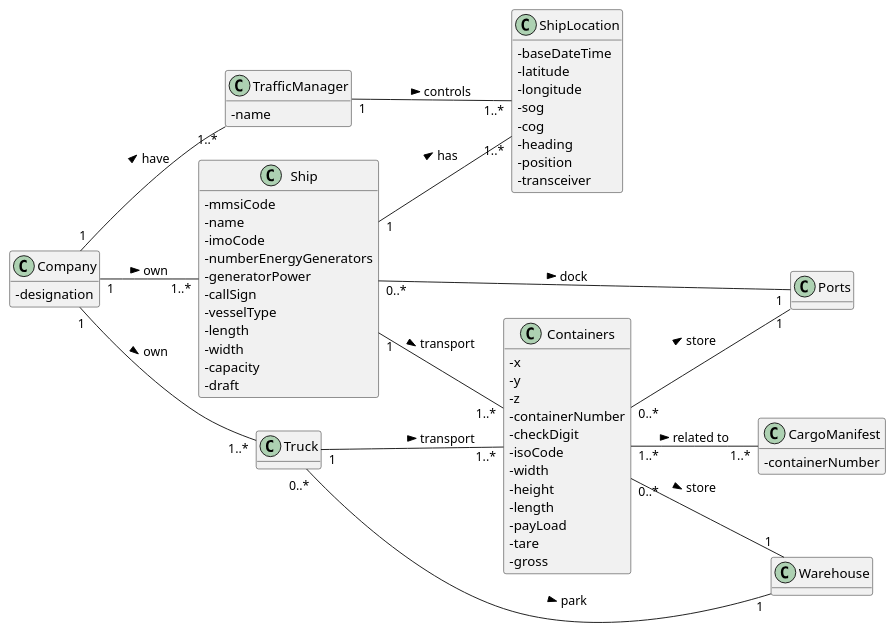
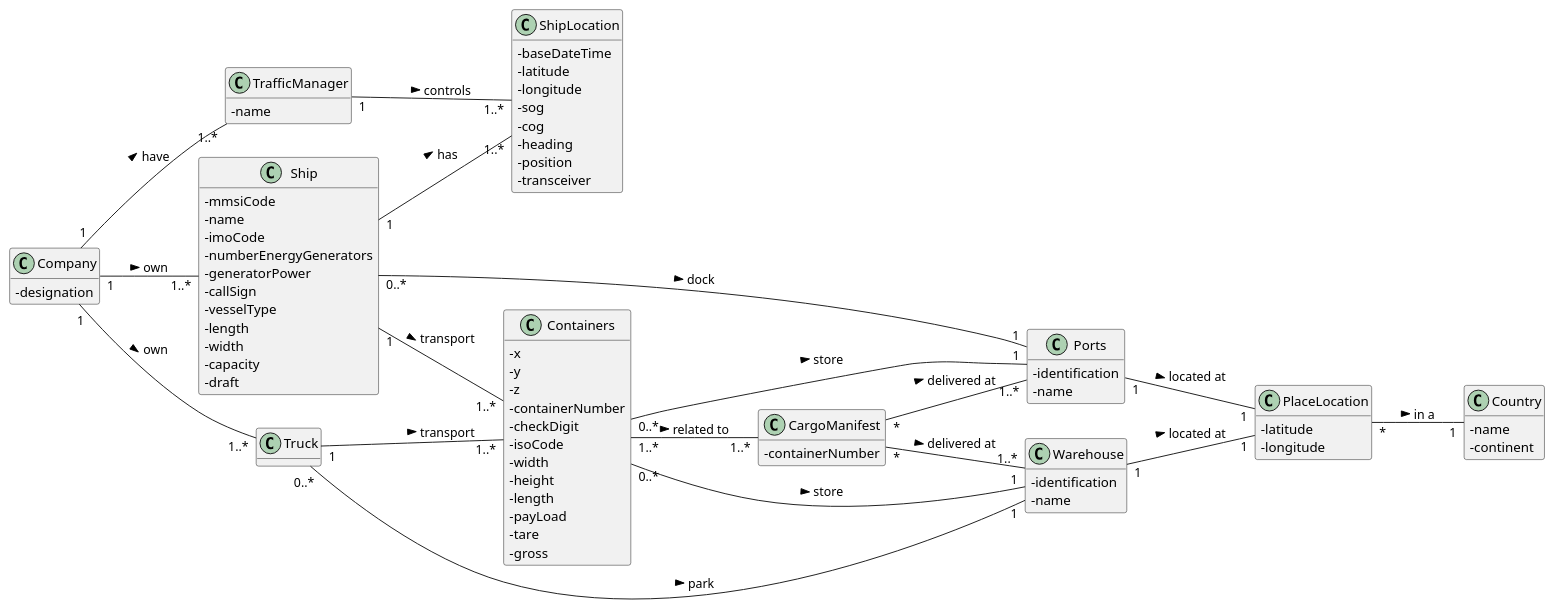
One commit to 0franciscor/lapr3-2021-g042 changed the diagram in docs/DM.puml. Above: the diagram before and after it, drawn with PlantUML. The commit also changed 2 other files, not shown here.

```diff
--- a/docs/DM.puml
+++ b/docs/DM.puml
@@ -1,92 +1,114 @@
 @startuml
 'https://plantuml.com/class-diagram
 
 hide methods
 left to right direction
 skinparam classAttributeIconSize 0
 
 class Company {
 -designation
 }
 
 class TrafficManager {
 -name
 }
 
 class Containers {
 -x
 -y
 -z
 -containerNumber
 -checkDigit
 -isoCode
 -width
 -height
 -length
 -payLoad
 -tare
 -gross
 }
 
 class CargoManifest {
 -containerNumber
 }
 
 class Ship {
 -mmsiCode
 -name
 -imoCode
 -numberEnergyGenerators
 -generatorPower
 -callSign
 -vesselType
 -length
 -width
 -capacity
 -draft
 }
 
 class Ports {
-
+-identification
+-name
 }
 
 class Truck {
 
 }
 
 class Warehouse {
+-identification
+-name
+}
 
+class Country {
+-name
+-continent
+}
+
+class PlaceLocation {
+-latitude
+-longitude
 }
 
 class ShipLocation {
 -baseDateTime
 -latitude
 -longitude
 -sog
 -cog
 -heading
 -position
 -transceiver
 }
 
+CargoManifest "*" -- "1..*" Ports : delivered at >
+CargoManifest "*" -- "1..*" Warehouse : delivered at >
+
 Company "1"--"1..*" Ship: own >
 Company "1"--"1..*" TrafficManager: have >
 Company "1"--"1..*" Truck: own >
 
 Containers "1..*"--"1..*" CargoManifest: related to >
 Containers "0..*"--"1" Ports: store >
 Containers "0..*"--"1" Warehouse: store >
 
+PlaceLocation "*" -- "1" Country : in a >
+
+Ports "1" -- "1" PlaceLocation : located at >
+
 Ship "1"--"1..*" Containers : transport >
 Ship "0..*"--"1" Ports: dock >
 Ship "1" -- "1..*" ShipLocation : has >
 
 TrafficManager "1" -- "1..*" ShipLocation : controls >
+
 Truck "1"--"1..*" Containers : transport >
 Truck "0..*"--"1" Warehouse: park >
+
+Warehouse "1" -- "1" PlaceLocation : located at >
 
 
 
 
 
 @enduml
```
